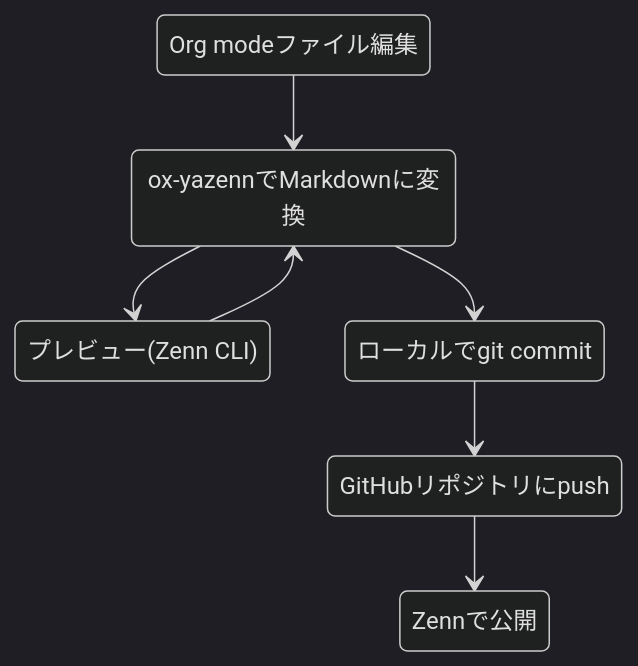
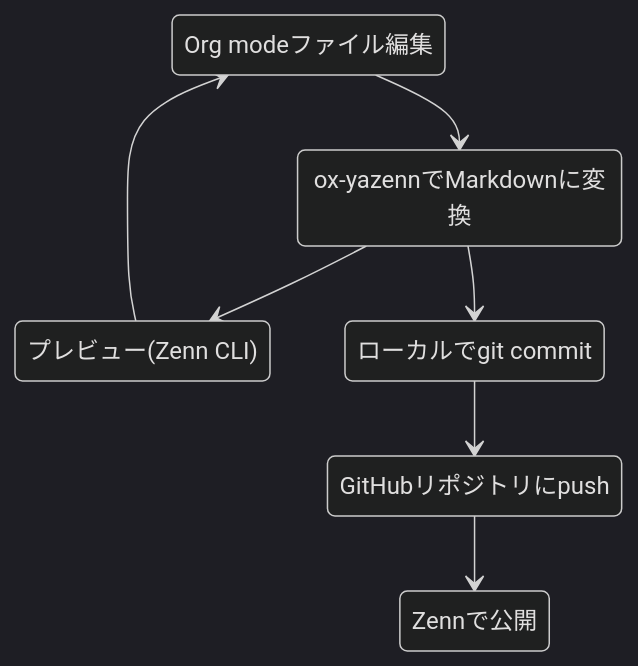
The second of 2 diagrams in books/zenn-no-toukou-kontentsu-wo-org-mode-de-kaku/kontentsu-koukai-madeno-sagyou-furoo.md (msnoigrs/zenn-msnoigrs), drawn with Mermaid (dark theme) before and after one commit. The commit also changed 5 other files, not shown here.

````diff
--- a/books/zenn-no-toukou-kontentsu-wo-org-mode-de-kaku/kontentsu-koukai-madeno-sagyou-furoo.md
+++ b/books/zenn-no-toukou-kontentsu-wo-org-mode-de-kaku/kontentsu-koukai-madeno-sagyou-furoo.md
@@ -32,15 +32,15 @@
 ```mermaid
 stateDiagram-v2
   edit --> translate
-  preview --> translate
+  preview --> edit
   translate --> preview
   translate --> commit
   commit --> push
   push --> publish
   edit: Org modeファイル編集
   preview: プレビュー(Zenn CLI)
   translate: ox-yazennでMarkdownに変換
   commit: ローカルでgit commit
   push: GitHubリポジトリにpush
   publish: Zennで公開
 ```
````
